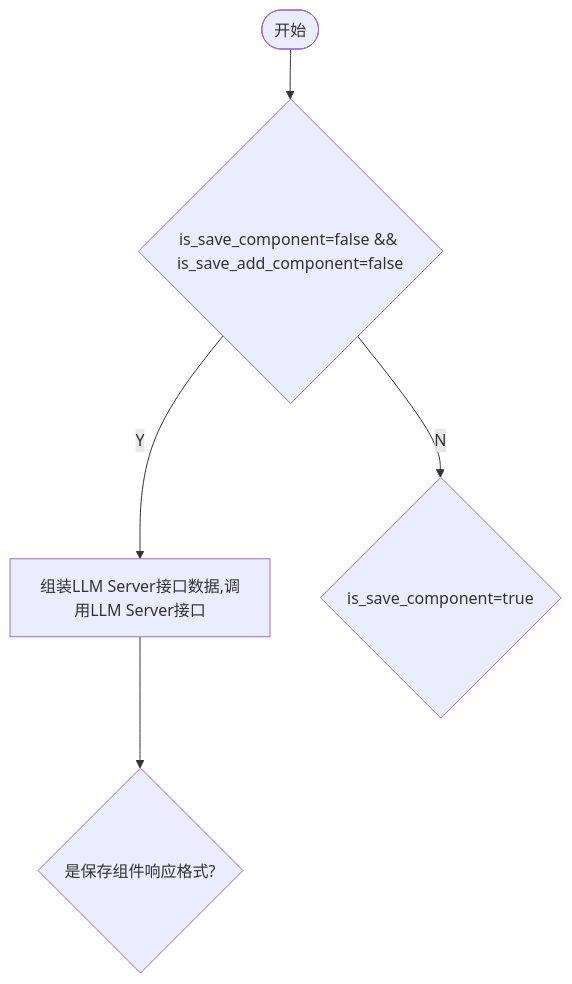
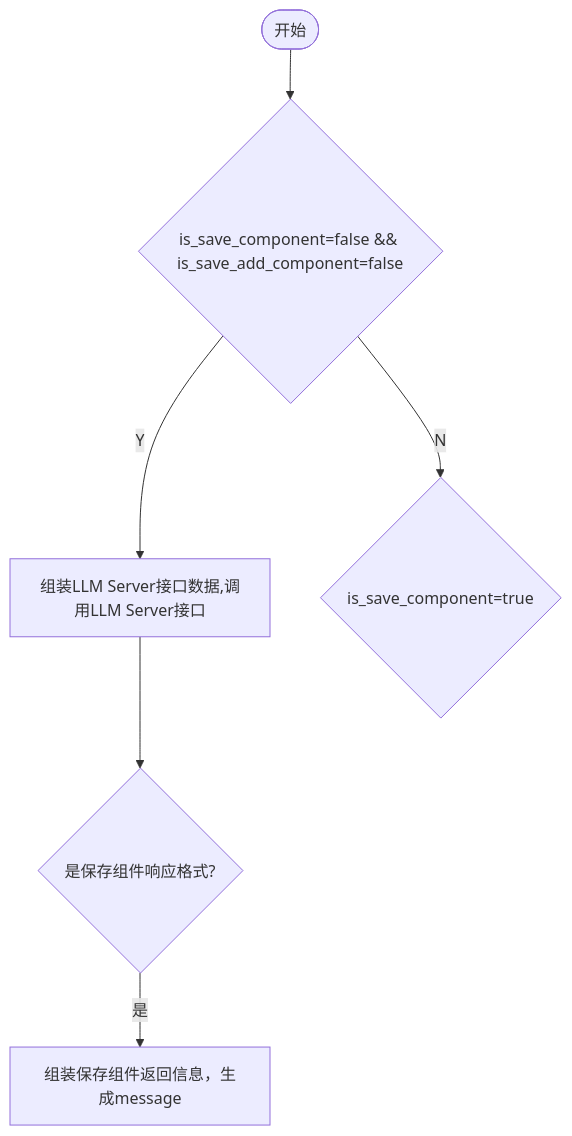
The diagram in all/未命名-7.md (yingjianzh/iodraw-files), drawn with Mermaid before and after one commit.

Commit message:
2024-10-12 13:55:45 update

````diff
--- a/all/未命名-7.md
+++ b/all/未命名-7.md
@@ -1,10 +1,10 @@
 ```mermaid
 flowchart TD
     A([开始]) --> B{is_save_component=false && is_save_add_component=false}
     B -- Y --> C[组装LLM Server接口数据,调用LLM Server接口]
     B -- N --> D{is_save_component=true}
     C --> E{是保存组件响应格式?}
-    
+    E -- 是 --> F[组装保存组件返回信息，生成message]
     
 
 ```
````
